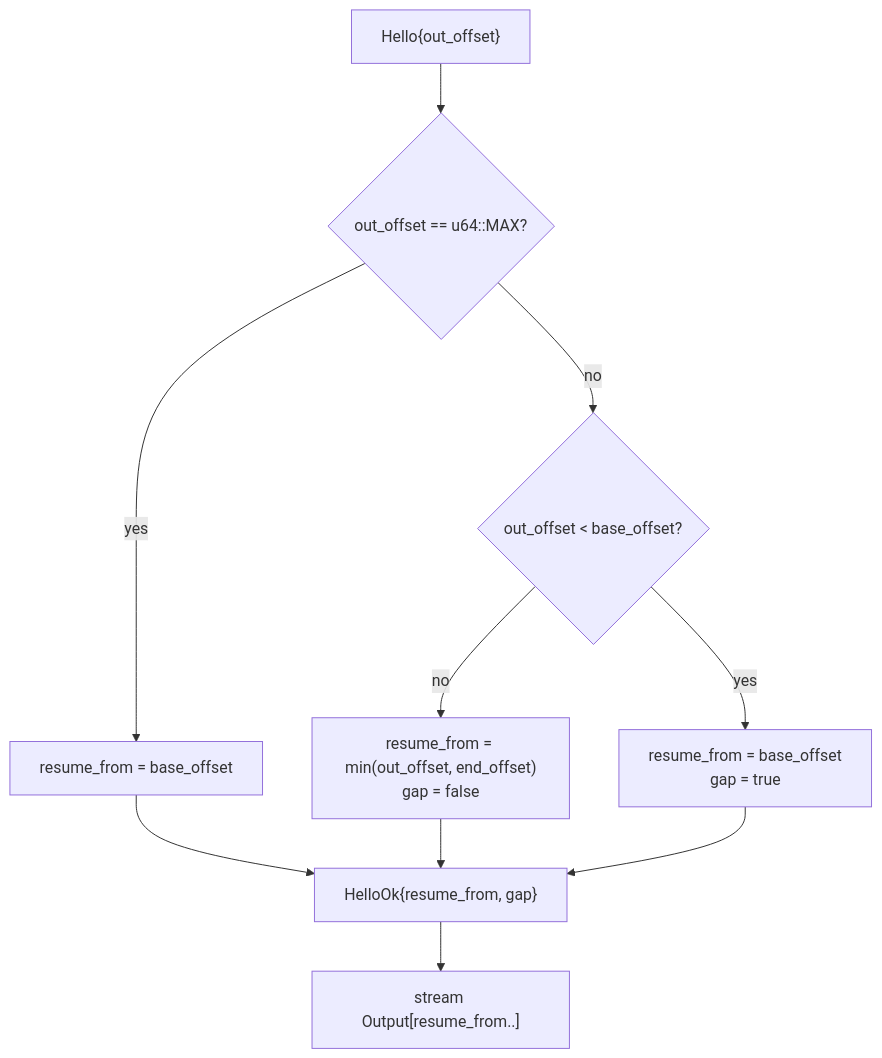
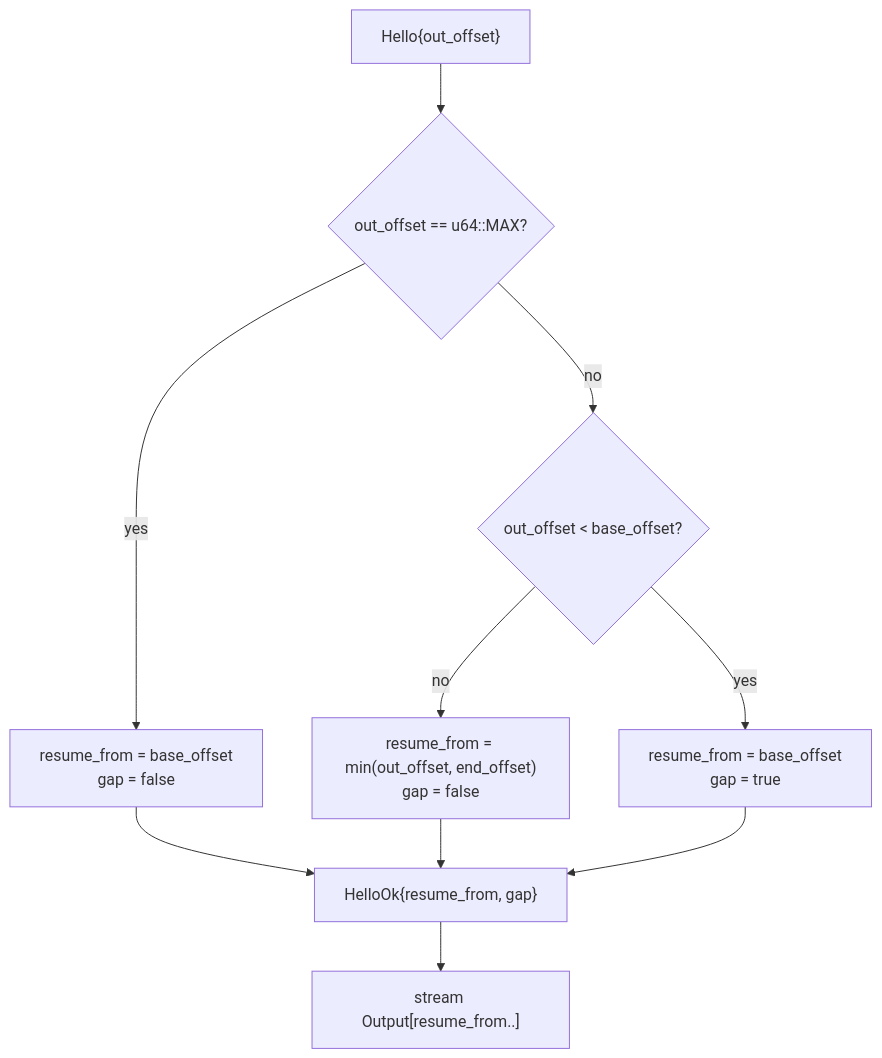
One commit to fornwall/nomux changed the second of 4 diagrams in IMPLEMENTATION.md. Above: the diagram before and after it, drawn with Mermaid. The commit also changed other lines of this file and 4 other files, not shown here.

````diff
--- a/IMPLEMENTATION.md
+++ b/IMPLEMENTATION.md
@@ -267,12 +269,12 @@
 ```mermaid
 flowchart TD
   A["Hello{out_offset}"] --> B{"out_offset == u64::MAX?"}
-  B -- yes --> C["resume_from = base_offset"]
+  B -- yes --> C["resume_from = base_offset<br/>gap = false"]
   B -- no --> D{"out_offset < base_offset?"}
   D -- no --> E["resume_from = min(out_offset, end_offset)<br/>gap = false"]
   D -- yes --> F["resume_from = base_offset<br/>gap = true"]
   C --> G["HelloOk{resume_from, gap}"]
   E --> G
   F --> G
   G --> I["stream Output[resume_from..]"]
 ```
````
